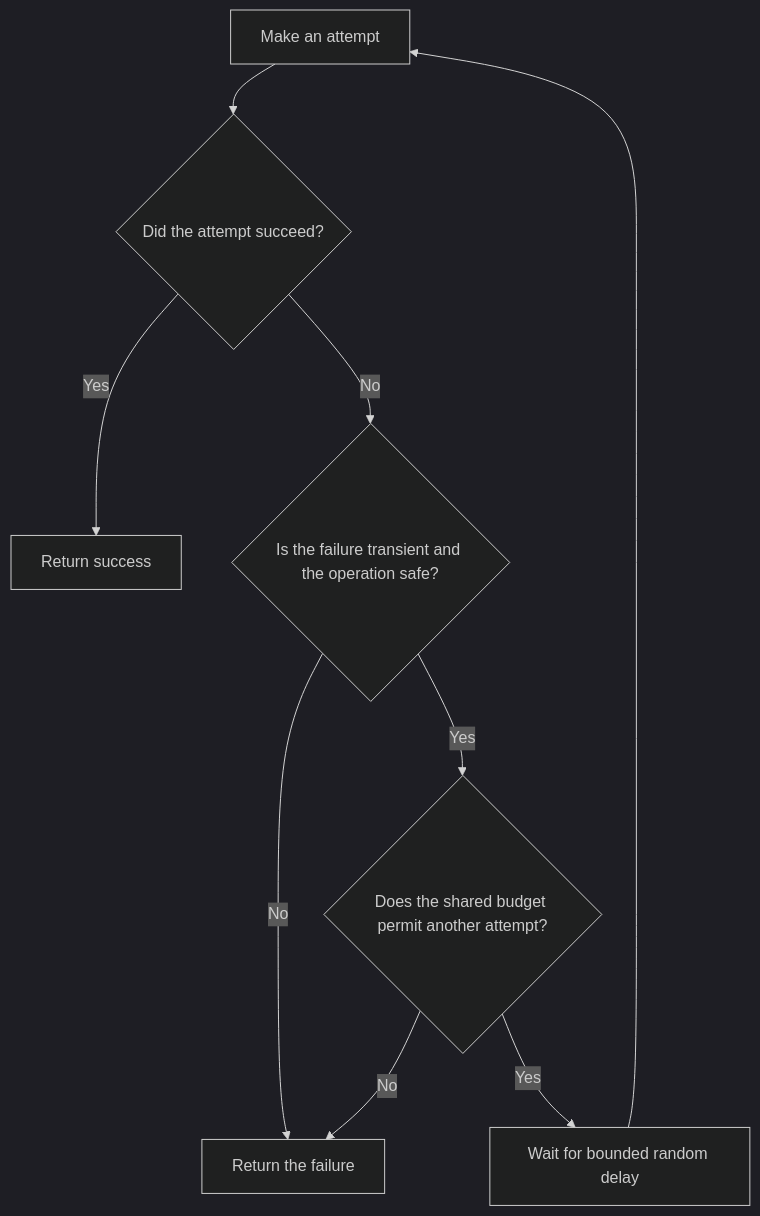
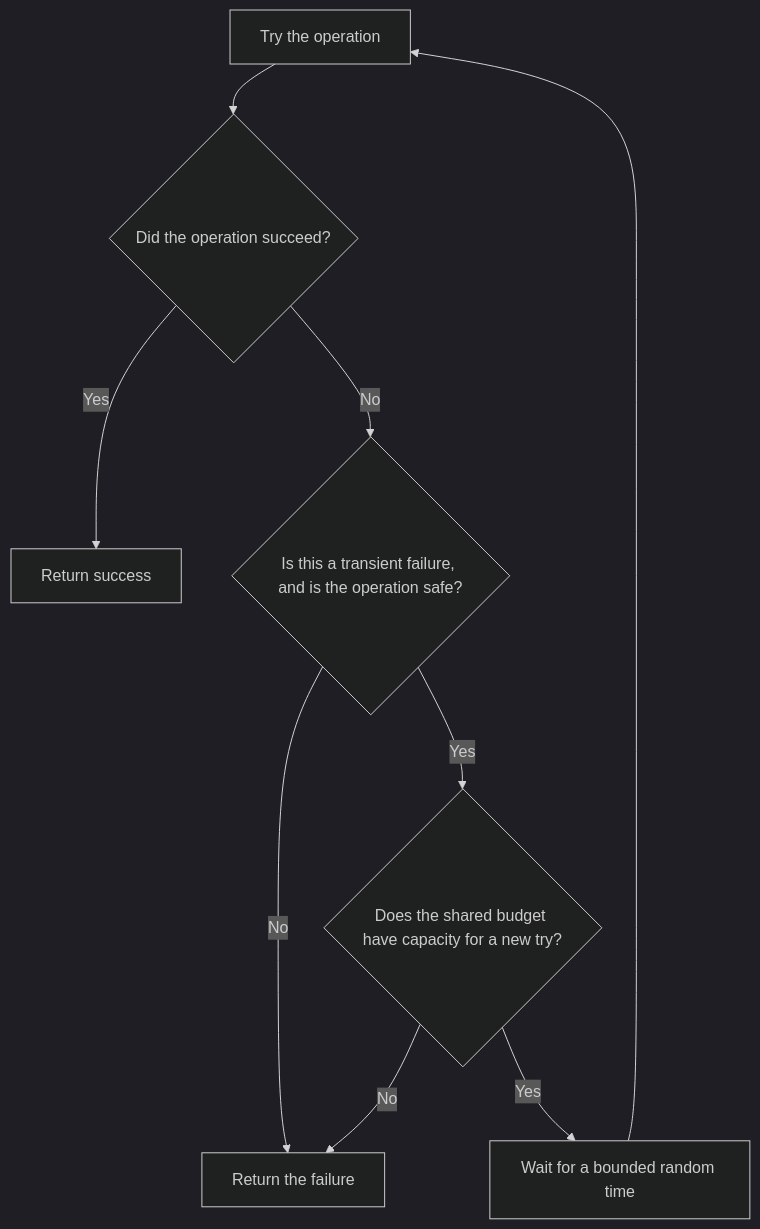
The diagram in docs/principles/details/p038-bounded-retry.md (HomericIntelligence/Athena), drawn with Mermaid (dark theme) before and after one commit. The commit also changed other lines of this file and 91 other files, not shown here.

````diff
--- a/docs/principles/details/p038-bounded-retry.md
+++ b/docs/principles/details/p038-bounded-retry.md
@@ -38,11 +41,11 @@
 ```mermaid
 flowchart TD
-    A["Make an attempt"] --> B{"Did the attempt succeed?"}
+    A["Try the operation"] --> B{"Did the operation succeed?"}
     B -- Yes --> C["Return success"]
-    B -- No --> D{"Is the failure transient and the operation safe?"}
+    B -- No --> D{"Is this a transient failure, and is the operation safe?"}
     D -- No --> E["Return the failure"]
-    D -- Yes --> F{"Does the shared budget permit another attempt?"}
+    D -- Yes --> F{"Does the shared budget have capacity for a new try?"}
     F -- No --> E
-    F -- Yes --> G["Wait for bounded random delay"]
+    F -- Yes --> G["Wait for a bounded random time"]
     G --> A
 ```
````
